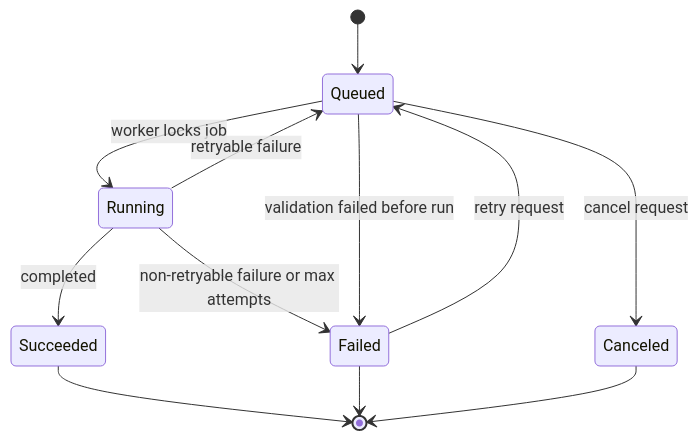
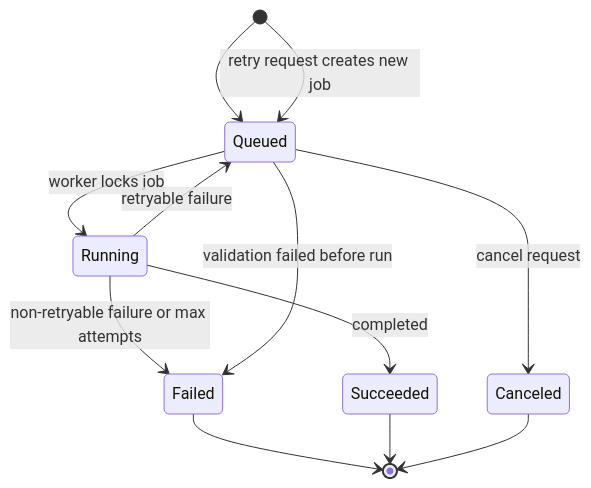
Before and after one commit to Cat5Dog2/web-writing-tool: the first of 2 diagrams in docs/job-design.md, drawn with Mermaid. The commit also changed other lines of this file and 17 other files, not shown here.

````diff
--- a/docs/job-design.md
+++ b/docs/job-design.md
@@ -100,14 +105,14 @@
 ```mermaid
 stateDiagram-v2
     [*] --> Queued
     Queued --> Running: worker locks job
     Queued --> Canceled: cancel request
     Running --> Succeeded: completed
     Running --> Queued: retryable failure
     Running --> Failed: non-retryable failure or max attempts
-    Failed --> Queued: retry request
+    Failed --> [*]
+    [*] --> Queued: retry request creates new job
     Queued --> Failed: validation failed before run
     Succeeded --> [*]
-    Failed --> [*]
     Canceled --> [*]
 ```
````
